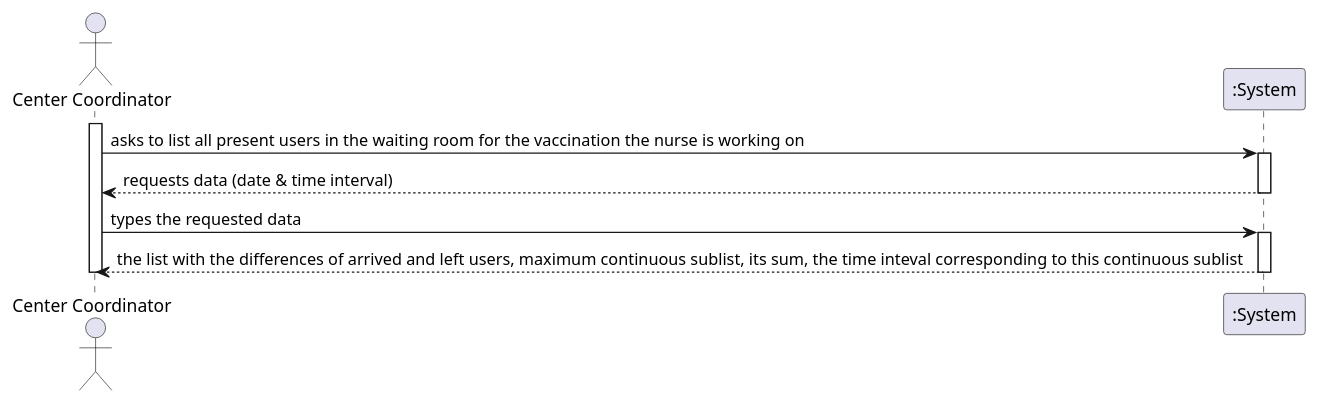
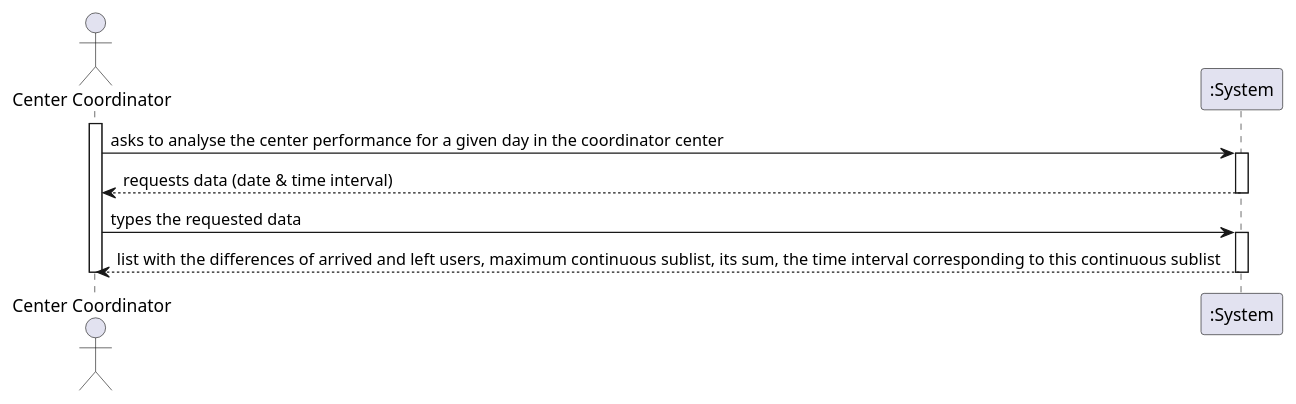
One commit to miseEnPlace-i/lapr2 changed the diagram in docs/SprintD/US16/SSD/US16_SSD.puml. Above: the diagram before and after it, drawn with PlantUML. The commit also changed 4 other files, not shown here.

```diff
--- a/docs/SprintD/US16/SSD/US16_SSD.puml
+++ b/docs/SprintD/US16/SSD/US16_SSD.puml
@@ -1,18 +1,18 @@
 @startuml
 
 actor "Center Coordinator" AS COORD
 participant ":System" as SYS
 activate COORD
-COORD -> SYS : asks to list all present users in the waiting room for the vaccination the nurse is working on
+COORD -> SYS : asks to analyse the center performance for a given day in the coordinator center
 activate SYS
 SYS --> COORD : requests data (date & time interval)
 deactivate SYS
 COORD -> SYS : types the requested data
 activate SYS
-SYS --> COORD : the list with the differences of arrived and left users, maximum continuous sublist, its sum, the time inteval corresponding to this continuous sublist 
+SYS --> COORD : list with the differences of arrived and left users, maximum continuous sublist, its sum, the time interval corresponding to this continuous sublist 
 deactivate SYS
 deactivate SYS
 
 deactivate COORD
 
 @enduml
```
